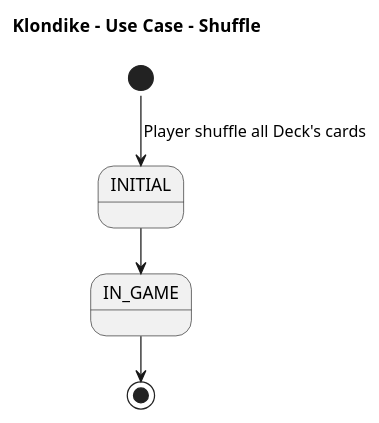
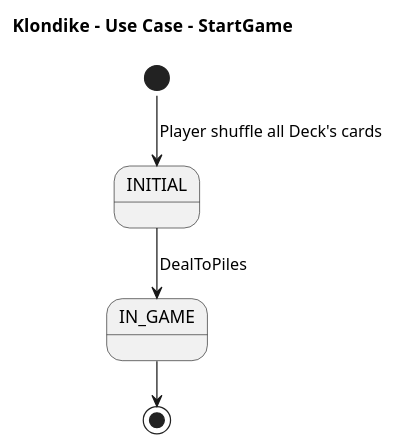
One commit to AngelOS95P/Maestria_IngSoftware_grupo6 changed the diagram in 2 Modelo de vistas de caso de uso/Diagrama de caso de uso - Shuffle.plantuml. Above: the diagram before and after it, drawn with PlantUML. The commit also changed 9 other files, not shown here.

```diff
--- a/2 Modelo de vistas de caso de uso/Diagrama de caso de uso - Shuffle.plantuml
+++ b/2 Modelo de vistas de caso de uso/Diagrama de caso de uso - Shuffle.plantuml
@@ -1,10 +1,10 @@
-@startuml shuffleUseCaseSpecification
+@startuml UseCaseStartGame
 !pragma layout smetana
 
-title Klondike  - Use Case - Shuffle
+title Klondike  - Use Case - StartGame
 state INITIAL
 state IN_GAME
 [*] --> INITIAL:  Player shuffle all Deck's cards
-INITIAL --> IN_GAME
+INITIAL --> IN_GAME: DealToPiles
 IN_GAME --> [*]
 @enduml
```
